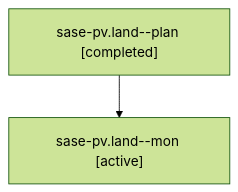
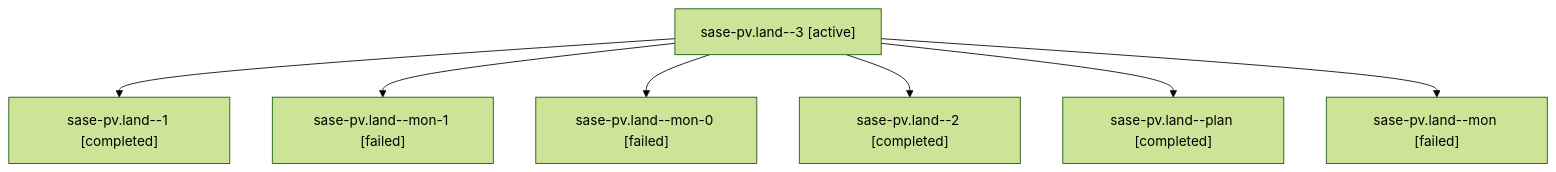
Before and after one commit to sase-org/sase--agents: the diagram in families/bbugyi200.athena.sase-pv.land.md, drawn with Mermaid (forest theme). The commit also changed other lines of this file and 81 other files, not shown here.

````diff
--- a/families/bbugyi200.athena.sase-pv.land.md
+++ b/families/bbugyi200.athena.sase-pv.land.md
@@ -9,6 +9,16 @@
 ```mermaid
 flowchart TD
-  n0["sase-pv.land--plan [completed]"]
-  n1["sase-pv.land--mon [active]"]
+  n0["sase-pv.land--3 [active]"]
+  n1["sase-pv.land--1 [completed]"]
   n0 --> n1
+  n2["sase-pv.land--mon-1 [failed]"]
+  n0 --> n2
+  n3["sase-pv.land--mon-0 [failed]"]
+  n0 --> n3
+  n4["sase-pv.land--2 [completed]"]
+  n0 --> n4
+  n5["sase-pv.land--plan [completed]"]
+  n0 --> n5
+  n6["sase-pv.land--mon [failed]"]
+  n0 --> n6
 ```
````
